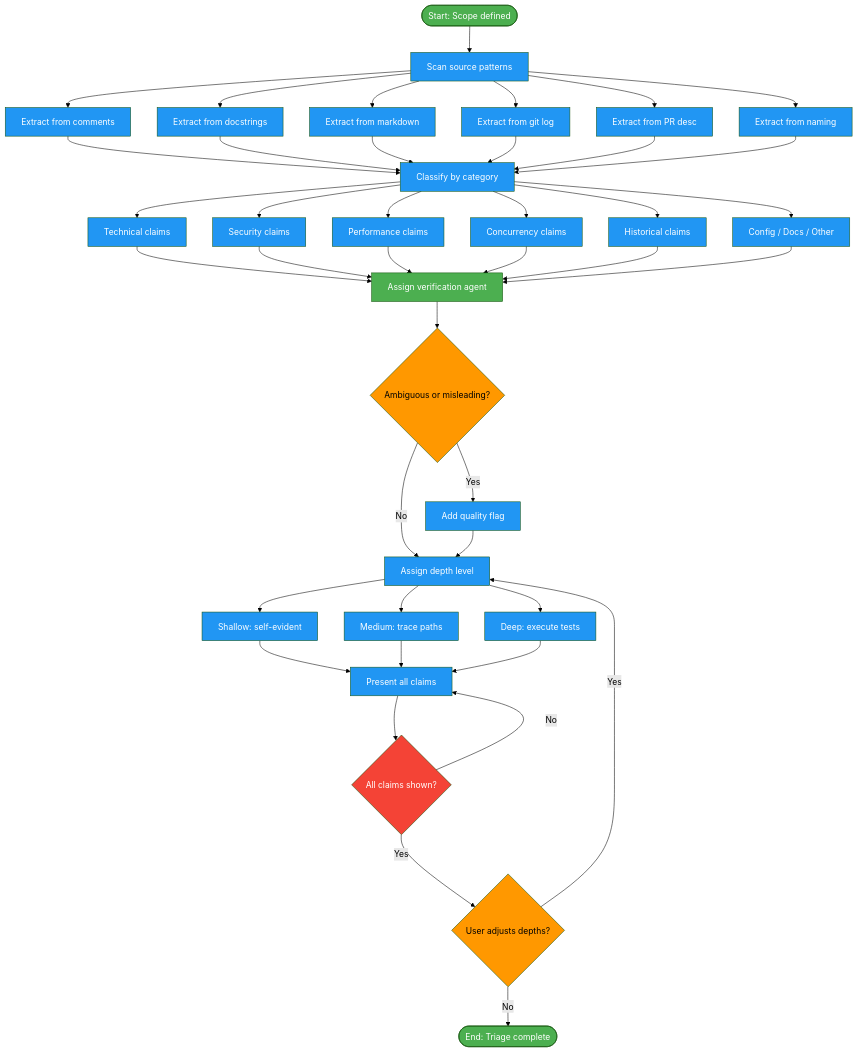
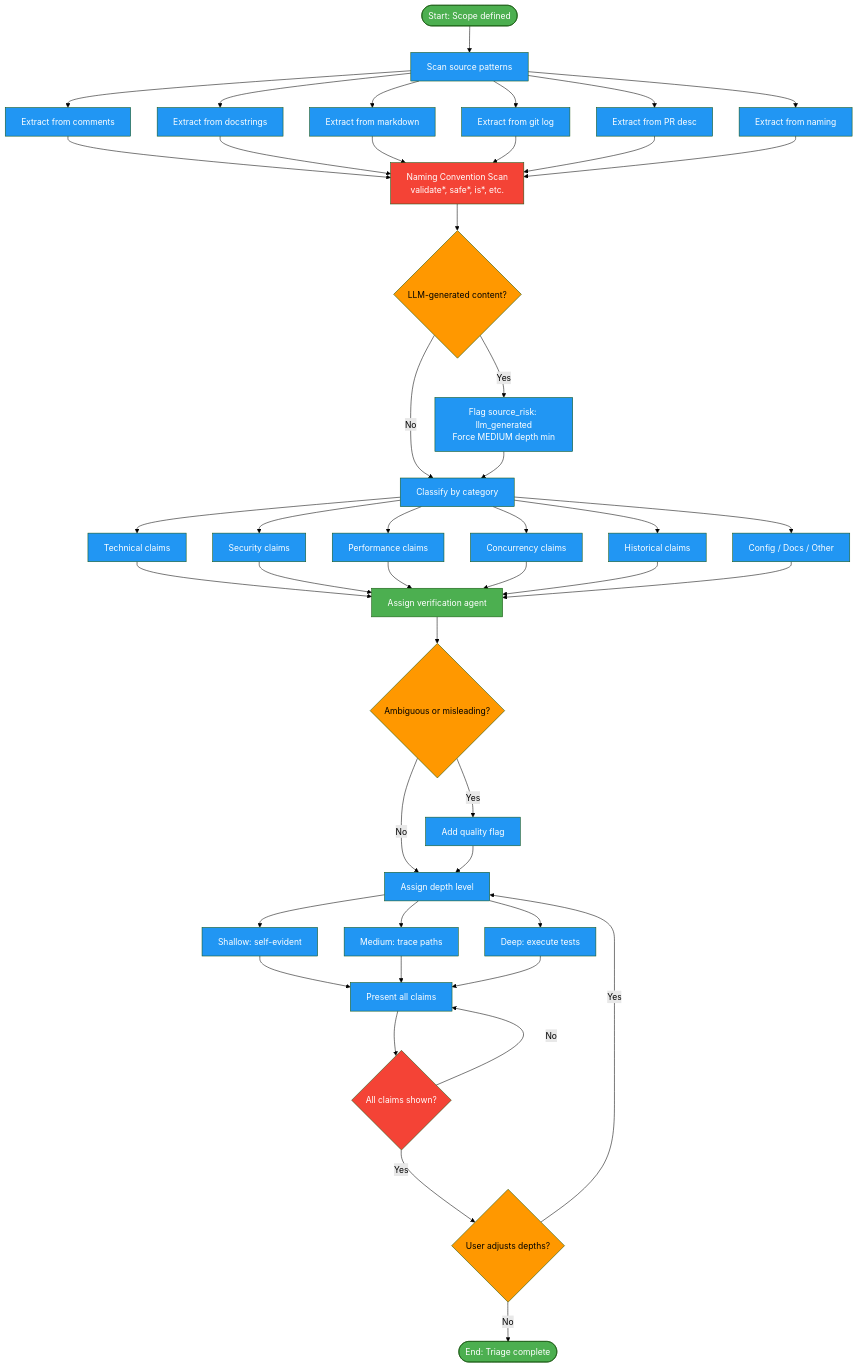
One commit to axiomantic/spellbook changed the diagram in docs/commands/fact-check-extract.md. Above: the diagram before and after it, drawn with Mermaid (forest theme). The commit also changed other lines of this file and 8 other files, not shown here.

```diff
--- a/docs/commands/fact-check-extract.md
+++ b/docs/commands/fact-check-extract.md
@@ -27,12 +27,24 @@
   style Naming fill:#2196F3,color:#fff
   style ScanSrc fill:#2196F3,color:#fff
 
-  Comments --> Classify
-  Docstrings --> Classify
-  Markdown --> Classify
-  Commits --> Classify
-  PRDesc --> Classify
-  Naming --> Classify
+  Comments --> NamingScan
+  Docstrings --> NamingScan
+  Markdown --> NamingScan
+  Commits --> NamingScan
+  PRDesc --> NamingScan
+  Naming --> NamingScan
+
+  NamingScan[Naming Convention Scan<br>validate*, safe*, is*, etc.] --> LLMCheck{LLM-generated content?}
+
+  style NamingScan fill:#f44336,color:#fff
+  style LLMCheck fill:#FF9800,color:#000
+
+  LLMCheck -->|Yes| LLMEscalate[Flag source_risk: llm_generated<br>Force MEDIUM depth min]
+  LLMCheck -->|No| Classify
+
+  style LLMEscalate fill:#2196F3,color:#fff
+
+  LLMEscalate --> Classify
 
   Classify[Classify by category] --> CatTech[Technical claims]
   Classify --> CatSec[Security claims]
```
